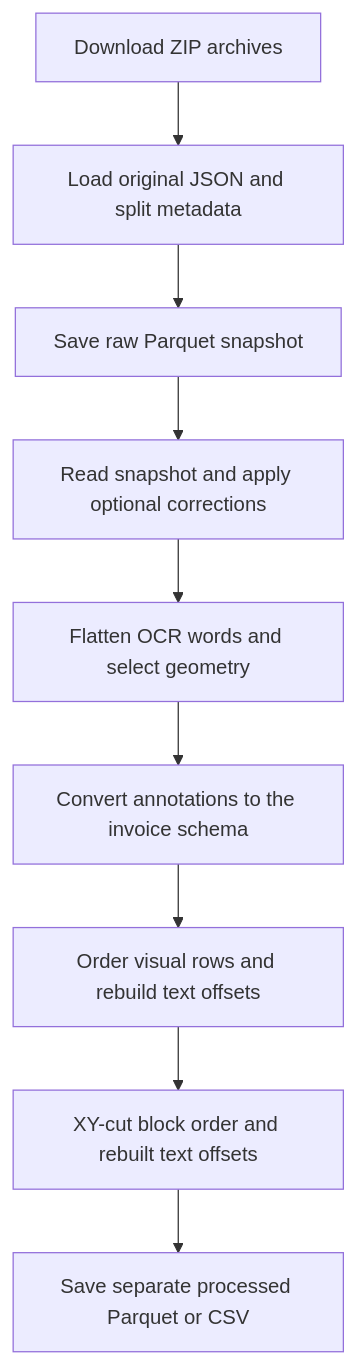
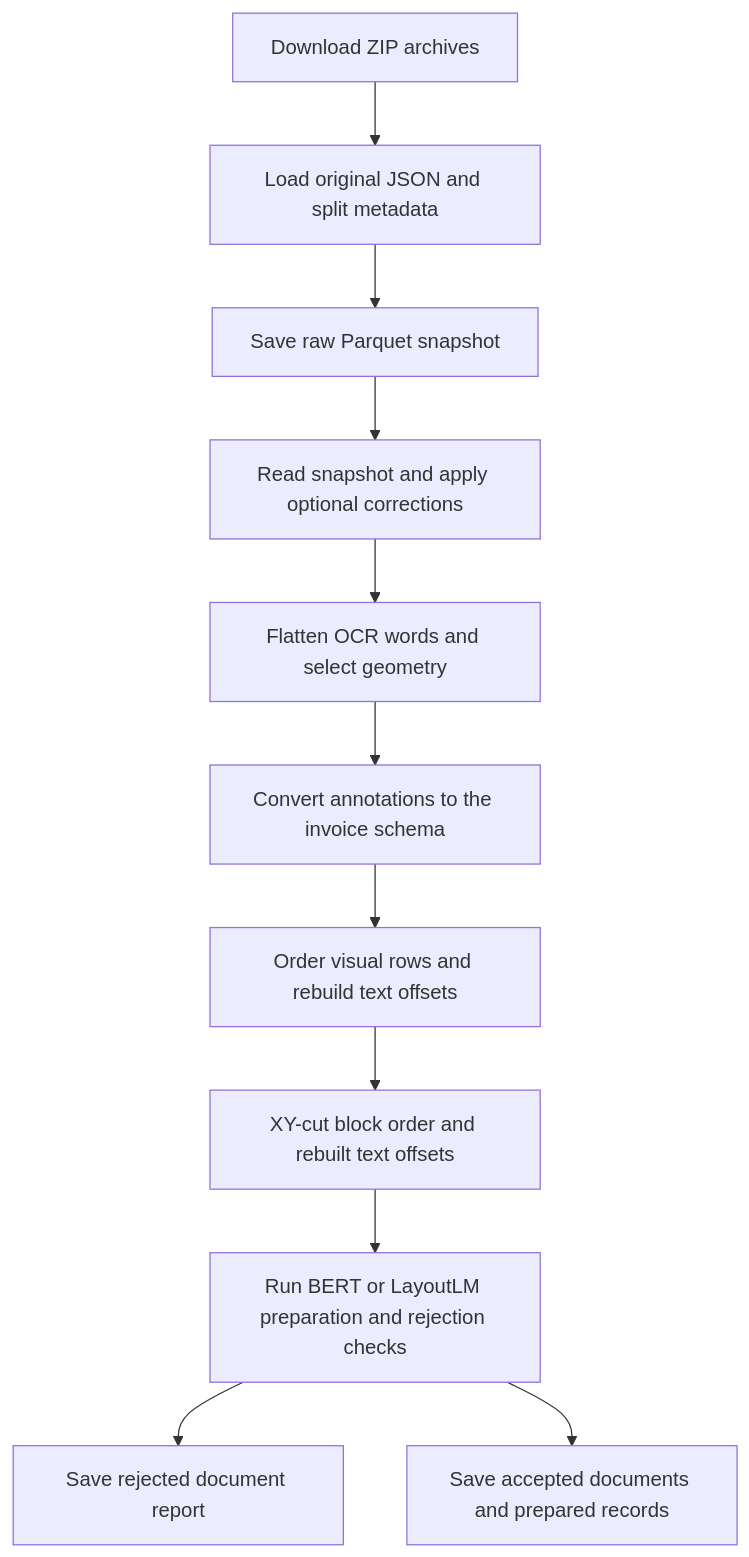
One commit to vsokoltsov/invoices-ocr changed the first of 3 diagrams in docs/preprocessing.md. Above: the diagram before and after it, drawn with Mermaid. The commit also changed other lines of this file and 3 other files, not shown here.

````diff
--- a/docs/preprocessing.md
+++ b/docs/preprocessing.md
@@ -38,11 +38,13 @@
 ```mermaid
 flowchart TD
     A[Download ZIP archives] --> B[Load original JSON and split metadata]
     B --> R[Save raw Parquet snapshot]
     R --> C[Read snapshot and apply optional corrections]
     C --> D[Flatten OCR words and select geometry]
     D --> F[Convert annotations to the invoice schema]
     F --> E[Order visual rows and rebuild text offsets]
     E --> X[XY-cut block order and rebuilt text offsets]
-    X --> H[Save separate processed Parquet or CSV]
+    X --> M[Run BERT or LayoutLM preparation and rejection checks]
+    M --> J[Save rejected document report]
+    M --> H[Save accepted documents and prepared records]
 ```
````
